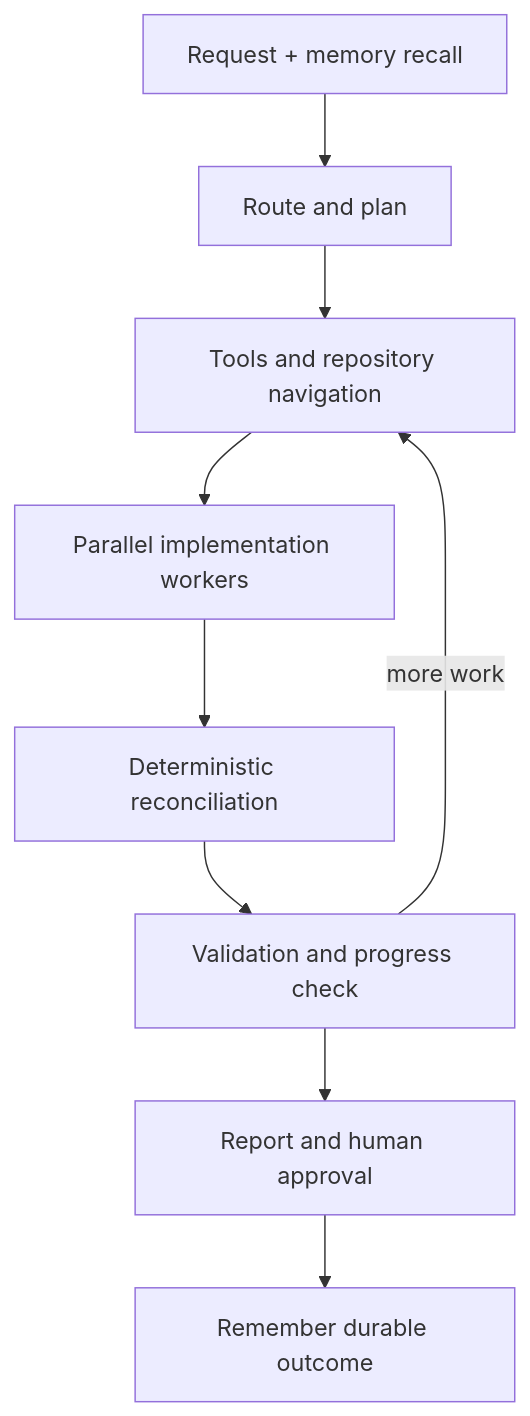
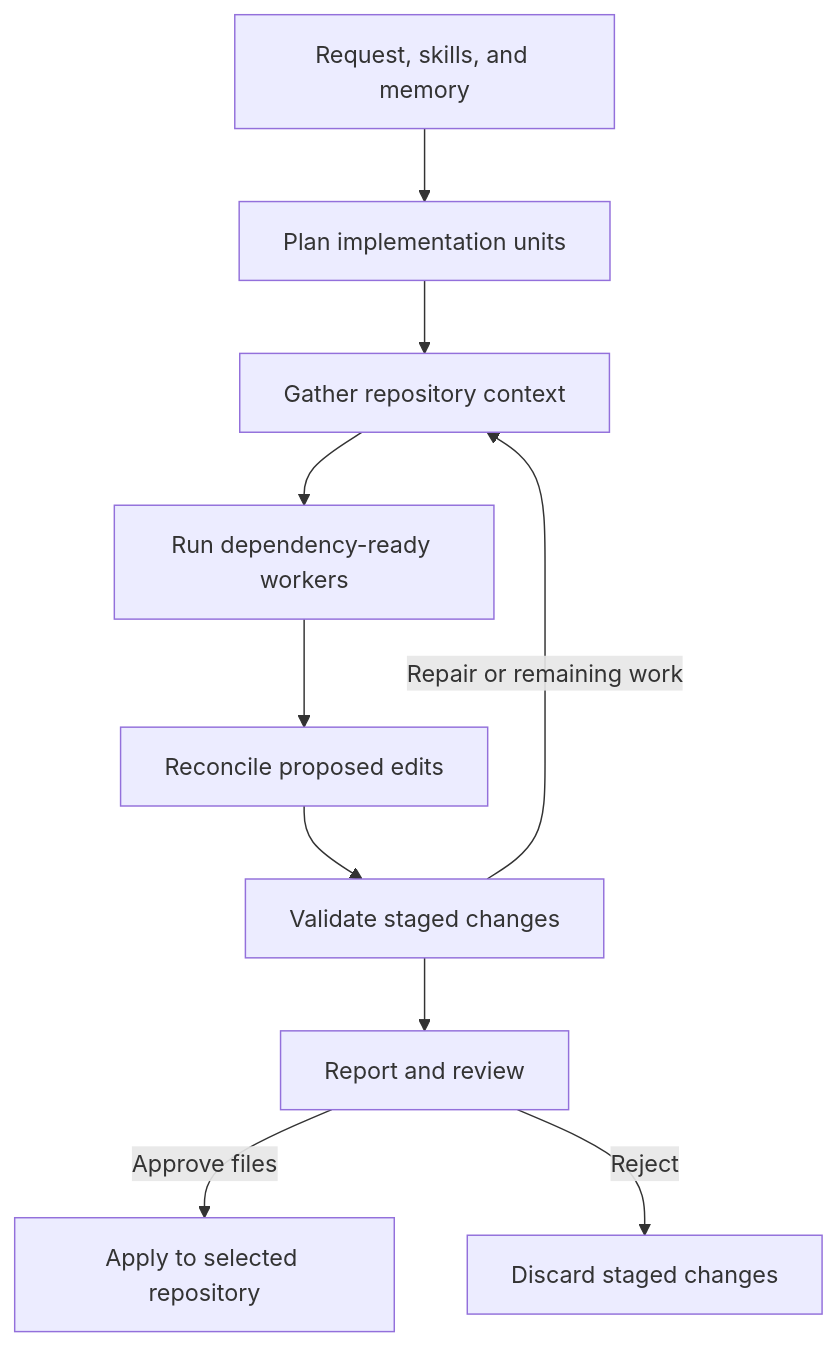
One commit to KennanDG/NoDiff changed the diagram in README.md. Above: the diagram before and after it, drawn with Mermaid. The commit also changed other lines of this file and 2 other files, not shown here.

````diff
--- a/README.md
+++ b/README.md
@@ -54,11 +59,12 @@
 ```mermaid
 flowchart TD
-    Start["Request + memory recall"] --> Plan["Route and plan"]
-    Plan --> Context["Tools and repository navigation"]
-    Context --> Workers["Parallel implementation workers"]
-    Workers --> Reconcile["Deterministic reconciliation"]
-    Reconcile --> Validate["Validation and progress check"]
-    Validate -->|"more work"| Context
-    Validate --> Review["Report and human approval"]
-    Review --> Memory["Remember durable outcome"]
+    Request["Request, skills, and memory"] --> Plan["Plan implementation units"]
+    Plan --> Context["Gather repository context"]
+    Context --> Workers["Run dependency-ready workers"]
+    Workers --> Reconcile["Reconcile proposed edits"]
+    Reconcile --> Validate["Validate staged changes"]
+    Validate -->|"Repair or remaining work"| Context
+    Validate --> Review["Report and review"]
+    Review -->|"Approve files"| Apply["Apply to selected repository"]
+    Review -->|"Reject"| Discard["Discard staged changes"]
 ```
````
